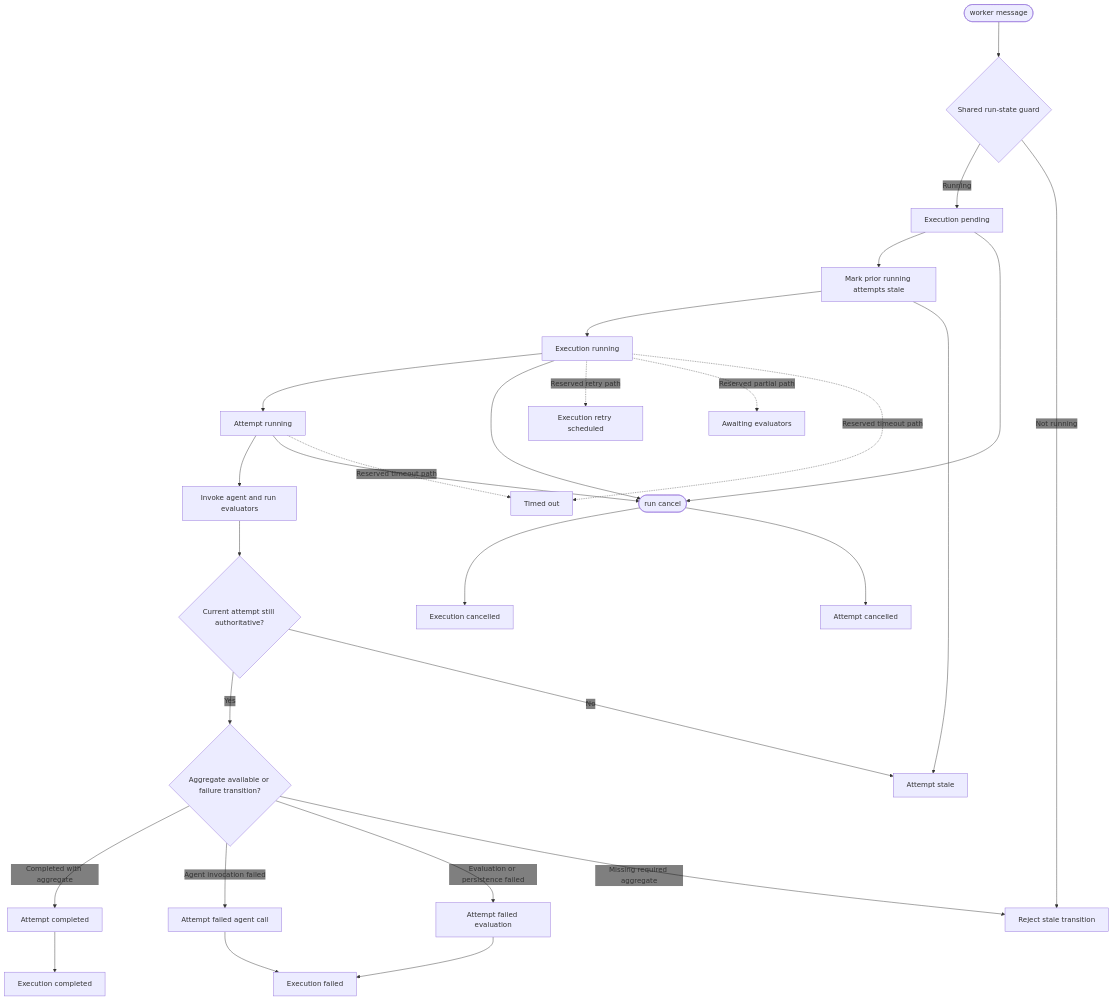
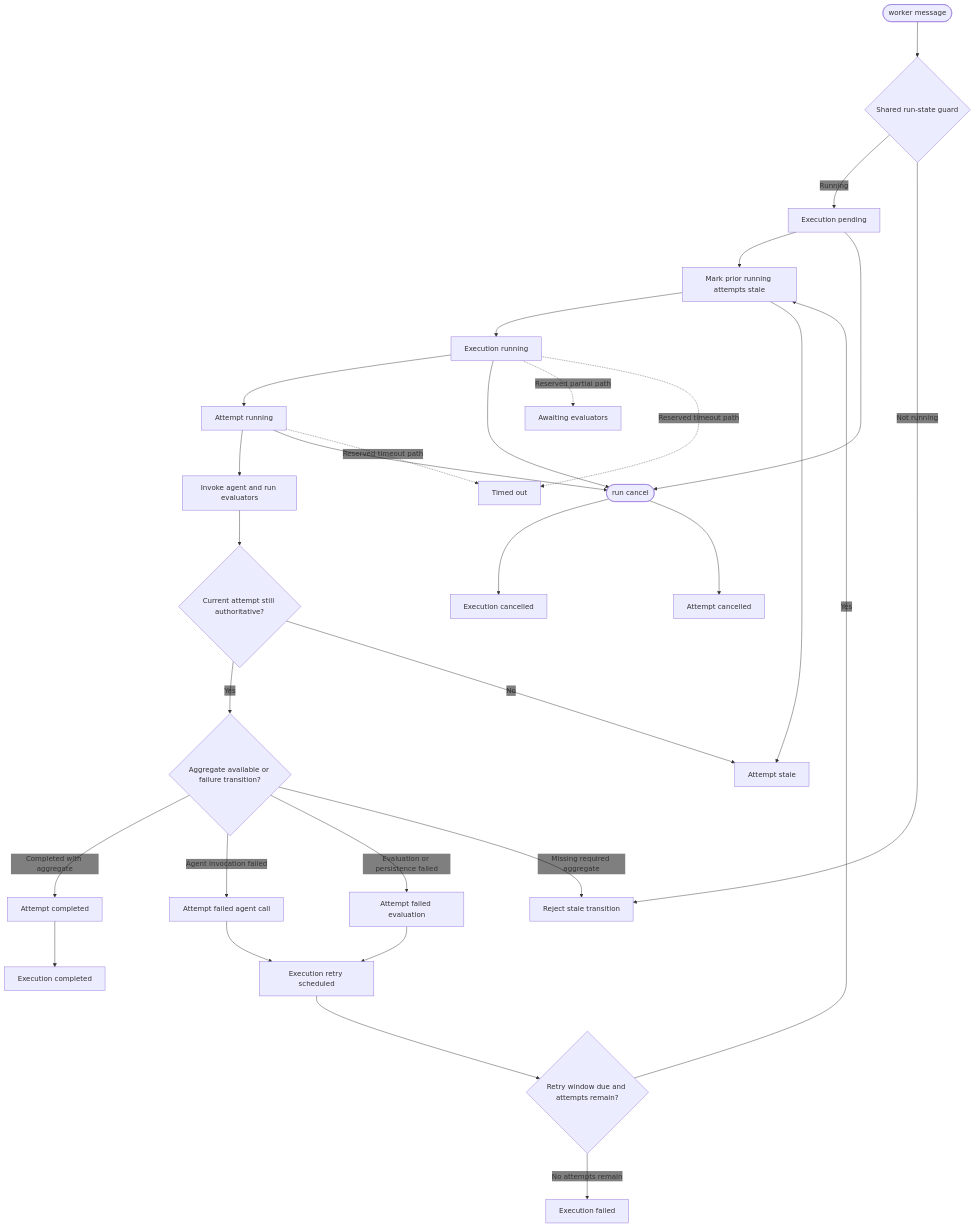
One commit to gregl83/agent-vigilo changed the diagram in web/docs/architecture/state/execution-lifecycle/diagram.mmd. Above: the diagram before and after it, drawn with Mermaid. The commit also changed 26 other files, not shown here.

```diff
--- a/web/docs/architecture/state/execution-lifecycle/diagram.mmd
+++ b/web/docs/architecture/state/execution-lifecycle/diagram.mmd
@@ -1,62 +1,65 @@
 ---
 config:
   flowchart:
     nodeSpacing: 150
     rankSpacing: 80
   themeVariables:
     edgeLabelBackground: 'transparent'
 ---
 flowchart TD
     Worker([worker message])
     RunGuard{Shared run-state guard}
     Pending[Execution pending]
     Supersede[Mark prior running attempts stale]
     Running[Execution running]
     AttemptRunning[Attempt running]
     AgentAndEvaluators[Invoke agent and run evaluators]
     TerminalGuard{Current attempt still authoritative?}
     AggregateGuard{Aggregate available or failure transition?}
     AttemptCompleted[Attempt completed]
     ExecutionCompleted[Execution completed]
     AttemptAgentFail[Attempt failed agent call]
     AttemptEvalFail[Attempt failed evaluation]
     ExecutionFailed[Execution failed]
     Cancel([run cancel])
     ExecutionCancelled[Execution cancelled]
     AttemptCancelled[Attempt cancelled]
     RetryScheduled[Execution retry scheduled]
+    RetryDue{Retry window due and attempts remain?}
     TimedOut[Timed out]
     Awaiting[Awaiting evaluators]
     Stale[Attempt stale]
     Reject[Reject stale transition]
 
     Worker --> RunGuard
     RunGuard -- Running --> Pending --> Supersede --> Running --> AttemptRunning --> AgentAndEvaluators
     RunGuard -- Not running --> Reject
     Supersede --> Stale
 
     AgentAndEvaluators --> TerminalGuard
     TerminalGuard -- Yes --> AggregateGuard
     TerminalGuard -- No --> Stale
 
     AggregateGuard -- Completed with aggregate --> AttemptCompleted --> ExecutionCompleted
-    AggregateGuard -- Agent invocation failed --> AttemptAgentFail --> ExecutionFailed
-    AggregateGuard -- Evaluation or persistence failed --> AttemptEvalFail --> ExecutionFailed
+    AggregateGuard -- Agent invocation failed --> AttemptAgentFail --> RetryScheduled
+    AggregateGuard -- Evaluation or persistence failed --> AttemptEvalFail --> RetryScheduled
     AggregateGuard -- Missing required aggregate --> Reject
+    RetryScheduled --> RetryDue
+    RetryDue -- Yes --> Supersede
+    RetryDue -- No attempts remain --> ExecutionFailed
 
     Running --> Cancel
     Pending --> Cancel
     AttemptRunning --> Cancel
     Cancel --> ExecutionCancelled
     Cancel --> AttemptCancelled
 
-    Running -. Reserved retry path .-> RetryScheduled
     Running -. Reserved partial path .-> Awaiting
     Running -. Reserved timeout path .-> TimedOut
     AttemptRunning -. Reserved timeout path .-> TimedOut
 
     class Worker,Cancel command
-    class RunGuard,Pending,Supersede,Running,AttemptRunning,AgentAndEvaluators,TerminalGuard,AggregateGuard,Awaiting,RetryScheduled system
+    class RunGuard,Pending,Supersede,Running,AttemptRunning,AgentAndEvaluators,TerminalGuard,AggregateGuard,Awaiting,RetryScheduled,RetryDue system
     class AttemptCompleted,ExecutionCompleted success
     class AttemptAgentFail,AttemptEvalFail,ExecutionFailed,ExecutionCancelled,AttemptCancelled,TimedOut,Reject error
     class Stale component
```
